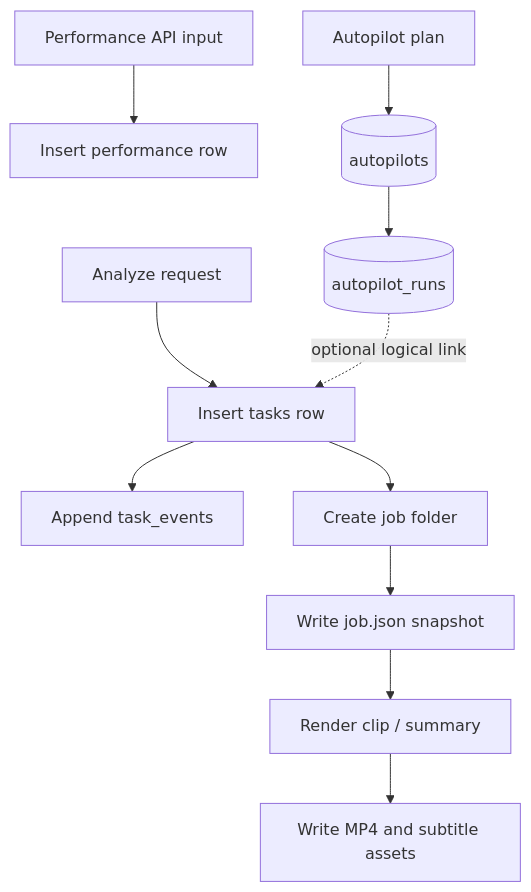
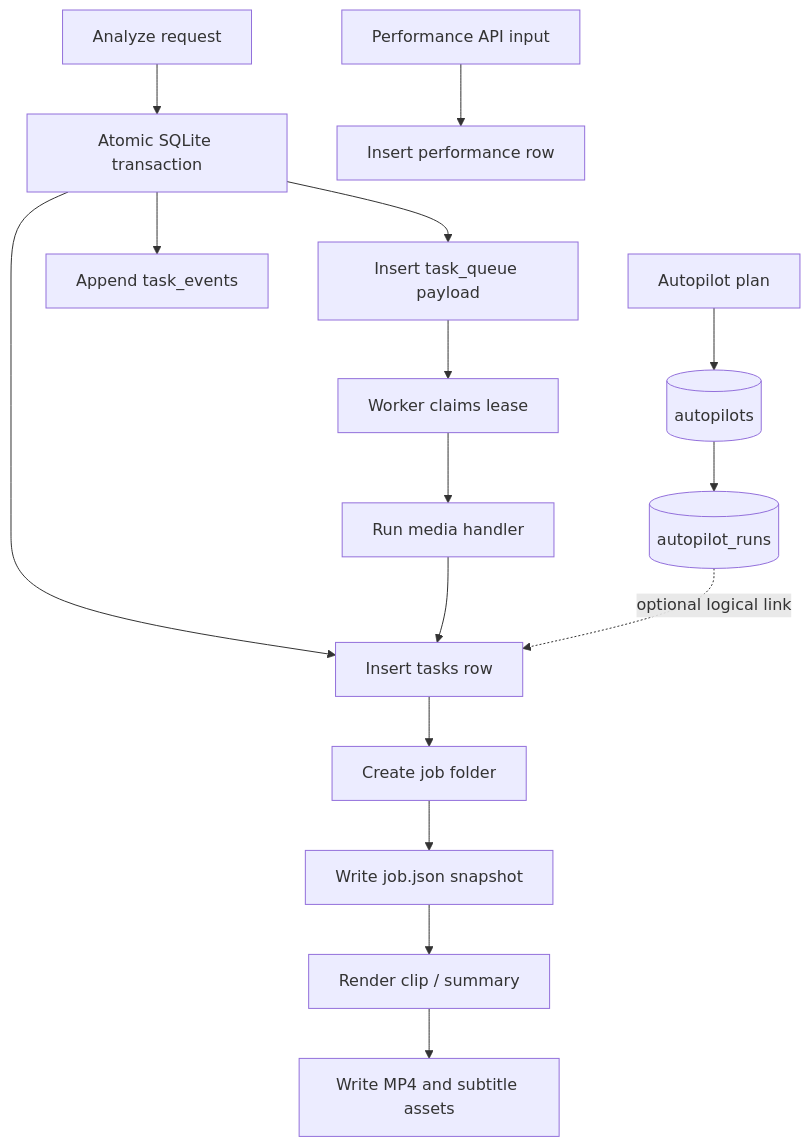
Before and after one commit to Myozan/YAMAN-VIRAL-STUDIO-PRO: the fourth of 4 diagrams in docs/DATABASE-ERD.md, drawn with Mermaid. The commit also changed other lines of this file and 16 other files, not shown here.

Commit message:
feat: add durable SQLite task queue and worker failover

````diff
--- a/docs/DATABASE-ERD.md
+++ b/docs/DATABASE-ERD.md
@@ -115,13 +132,18 @@
 ```mermaid
 flowchart TD
-  IN[Analyze request] --> TASK[Insert tasks row]
-  TASK --> EVT[Append task_events]
+  IN[Analyze request] --> TX[Atomic SQLite transaction]
+  TX --> TASK[Insert tasks row]
+  TX --> QUEUE[Insert task_queue payload]
+  TX --> EVT[Append task_events]
+  QUEUE --> CLAIM[Worker claims lease]
+  CLAIM --> EXEC[Run media handler]
+  EXEC --> TASK
   TASK --> WORK[Create job folder]
   WORK --> JSON[Write job.json snapshot]
   JSON --> RENDER[Render clip / summary]
   RENDER --> ASSET[Write MP4 and subtitle assets]
   PERF[Performance API input] --> LEARN[Insert performance row]
   AUTO[Autopilot plan] --> AP[(autopilots)]
   AP --> RUN[(autopilot_runs)]
   RUN -. optional logical link .-> TASK
 ```
````
